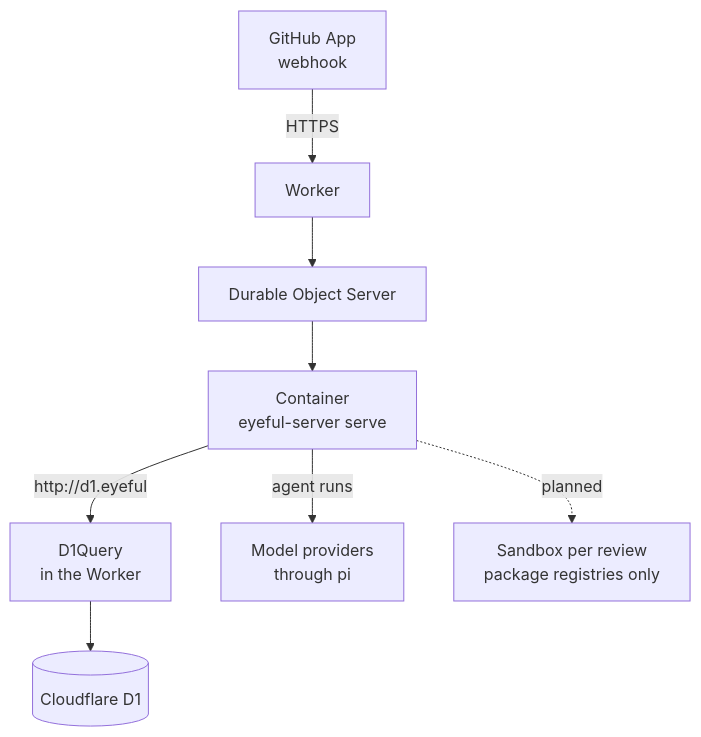
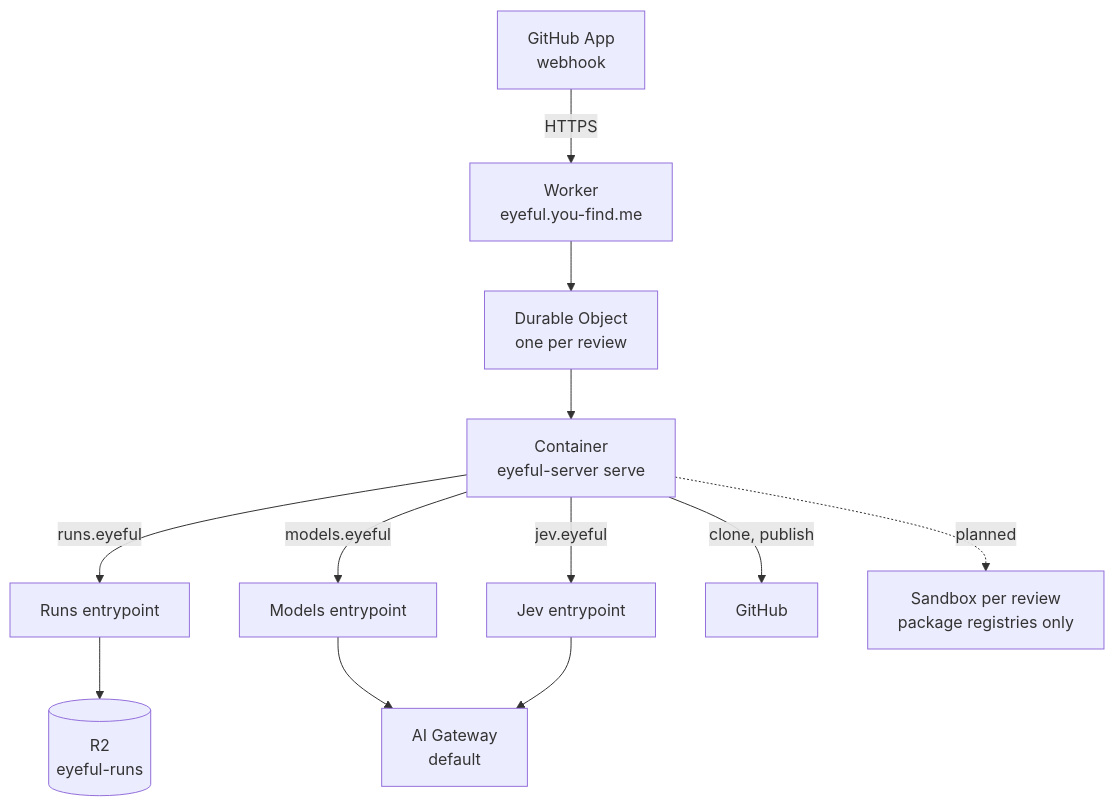
The first of 2 diagrams in docs/cloud/DEPLOYMENT.md (Pleasurecruise/eyeful), drawn with Mermaid before and after one commit. The commit also changed other lines of this file and 46 other files, not shown here.

````diff
--- a/docs/cloud/DEPLOYMENT.md
+++ b/docs/cloud/DEPLOYMENT.md
@@ -29,10 +29,11 @@
 ```mermaid
 flowchart TB
-    gh["GitHub App<br/>webhook"] -->|HTTPS| worker["Worker"]
-    worker --> do["Durable Object Server"]
+    gh["GitHub App<br/>webhook"] -->|HTTPS| worker["Worker<br/>eyeful.you-find.me"]
+    worker --> do["Durable Object<br/>one per review"]
     do --> server["Container<br/>eyeful-server serve"]
-    server -->|"http://d1.eyeful"| proxy["D1Query<br/>in the Worker"]
-    proxy --> d1[("Cloudflare D1")]
-    server -->|agent runs| models["Model providers<br/>through pi"]
+    server -->|"runs.eyeful"| runs["Runs entrypoint"] --> r2[("R2<br/>eyeful-runs")]
+    server -->|"models.eyeful"| models["Models entrypoint"] --> gateway["AI Gateway<br/>default"]
+    server -->|"jev.eyeful"| jev["Jev entrypoint"] --> gateway
+    server -->|clone, publish| github["GitHub"]
     server -.->|planned| sandbox["Sandbox per review<br/>package registries only"]
 ```
````
